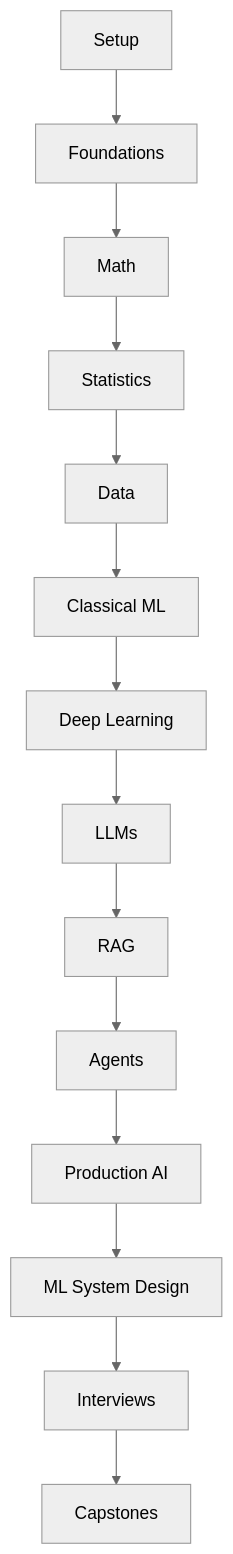
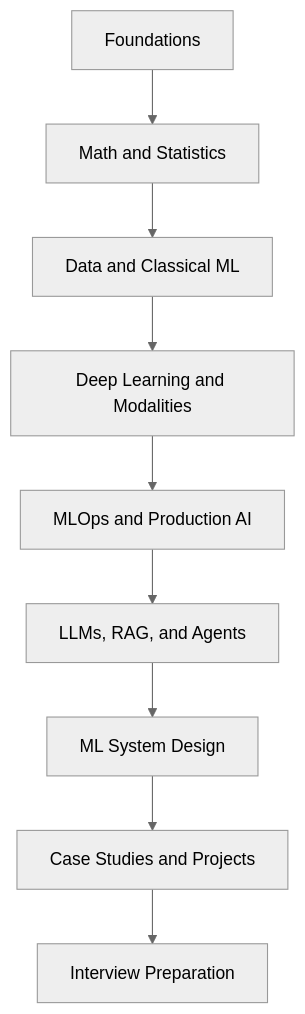
The diagram in ROADMAP.md (Icon1cc/Machine-Learning), drawn with Mermaid (neutral theme) before and after one commit. The commit also changed other lines of this file and 231 other files, not shown here.

````diff
--- a/ROADMAP.md
+++ b/ROADMAP.md
@@ -374,7 +162,11 @@
 ```mermaid
 flowchart TD
-    P0[Setup] --> P1[Foundations] --> P2[Math] --> P3[Statistics] --> P4[Data]
-    P4 --> P5[Classical ML] --> P8[Deep Learning] --> P14[LLMs]
-    P14 --> P17[RAG] --> P18[Agents] --> P19[Production AI]
-    P19 --> P20[ML System Design] --> P21[Interviews] --> P22[Capstones]
+    A[Foundations] --> B[Math and Statistics]
+    B --> C[Data and Classical ML]
+    C --> D[Deep Learning and Modalities]
+    D --> E[MLOps and Production AI]
+    E --> F[LLMs, RAG, and Agents]
+    F --> G[ML System Design]
+    G --> H[Case Studies and Projects]
+    H --> I[Interview Preparation]
 ```
````
